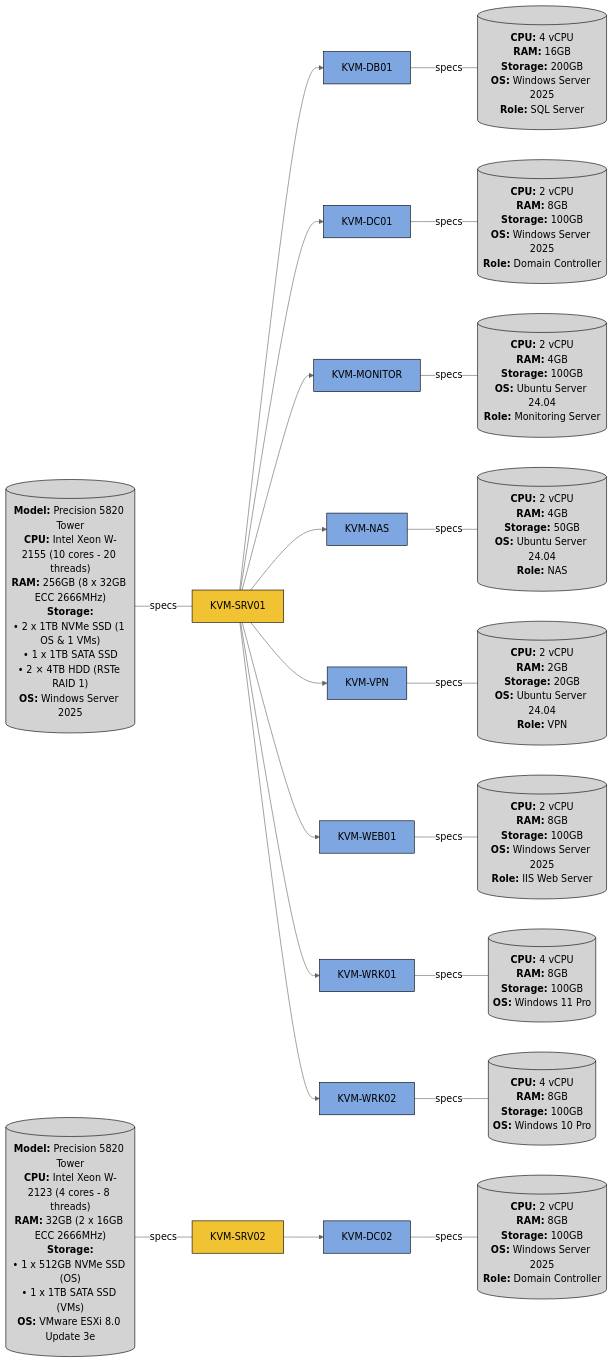
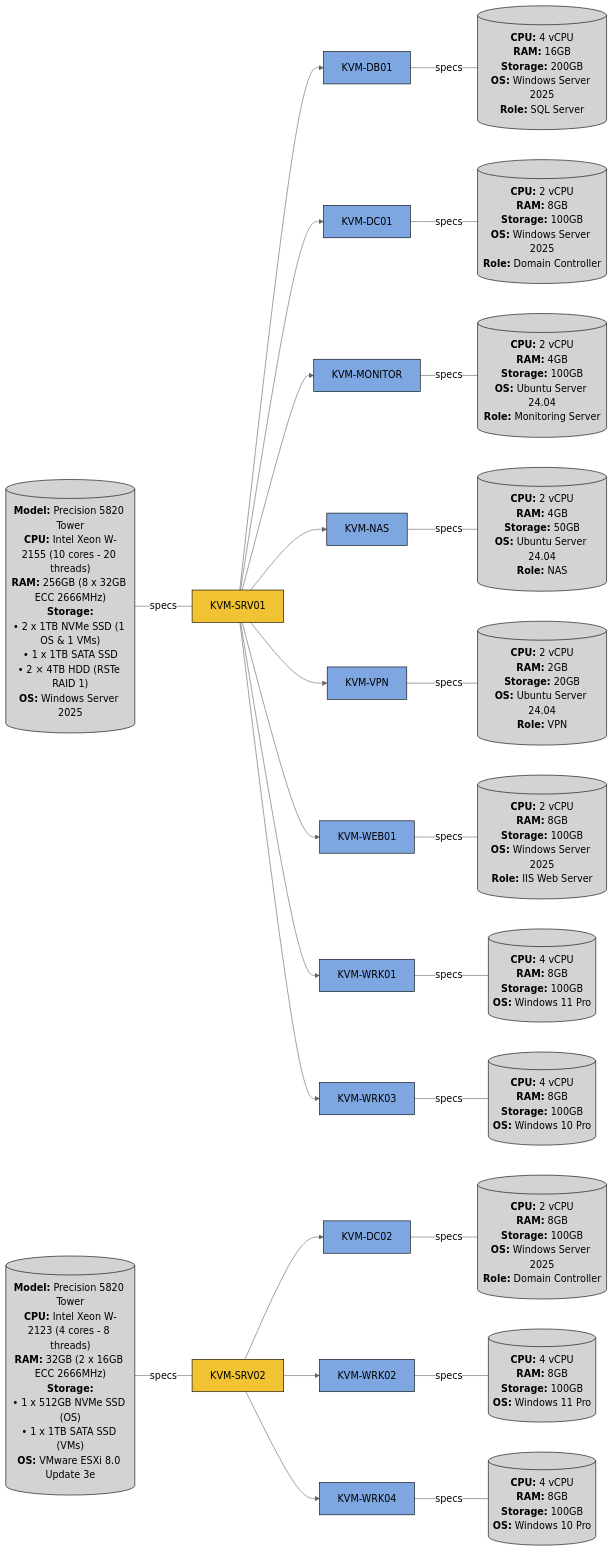
The diagram in README.md (khangvum/homelab-ansible-config), drawn with Mermaid (neutral theme) before and after one commit.

Commit message:
Added KVM-WRK02 and KVM-SRV04

````diff
--- a/README.md
+++ b/README.md
@@ -59,7 +59,7 @@
                                                             **RAM:** 8GB
                                                             **Storage:** 100GB
                                                             **OS:** Windows 11 Pro`")]
-    SRV01 --> WRK02[KVM-WRK02] -- specs --- WRK02_SPECS[("`**CPU:** 4 vCPU
+    SRV01 --> WRK03[KVM-WRK03] -- specs --- WRK03_SPECS[("`**CPU:** 4 vCPU
                                                             **RAM:** 8GB
                                                             **Storage:** 100GB
                                                             **OS:** Windows 10 Pro`")]
@@ -82,12 +82,20 @@
                                                         **Storage:** 100GB
                                                         **OS:** Windows Server 2025
                                                         **Role:** Domain Controller`")]
+    SRV02 --> WRK02[KVM-WRK02] -- specs --- WRK02_SPECS[("`**CPU:** 4 vCPU
+                                                            **RAM:** 8GB
+                                                            **Storage:** 100GB
+                                                            **OS:** Windows 11 Pro`")]
+    SRV02 --> WRK04[KVM-WRK04] -- specs --- WRK04_SPECS[("`**CPU:** 4 vCPU
+                                                            **RAM:** 8GB
+                                                            **Storage:** 100GB
+                                                            **OS:** Windows 10 Pro`")]
 
     %% Styling
     class SRV01,SRV02 hosts
     classDef hosts fill:#f1c232,stroke:#000,color:#000
-    class DB01,DC01,DC02,MONITOR,NAS,VPN,WEB01,WRK01,WRK02 vms
+    class DB01,DC01,DC02,MONITOR,NAS,VPN,WEB01,WRK01,WRK02,WRK03,WRK04 vms
     classDef vms fill:#7ea6e0,stroke:#000,color:#000
-    class SRV01_SPECS,SRV02_SPECS,DB01_SPECS,DC01_SPECS,DC02_SPECS,MONITOR_SPECS,NAS_SPECS,VPN_SPECS,WEB01_SPECS,WRK01_SPECS,WRK02_SPECS specs
+    class SRV01_SPECS,SRV02_SPECS,DB01_SPECS,DC01_SPECS,DC02_SPECS,MONITOR_SPECS,NAS_SPECS,VPN_SPECS,WEB01_SPECS,WRK01_SPECS,WRK02_SPECS,WRK03_SPECS,WRK04_SPECS specs
     classDef specs fill:#d3d3d3,stroke:#000,color:#000
 ```
````
